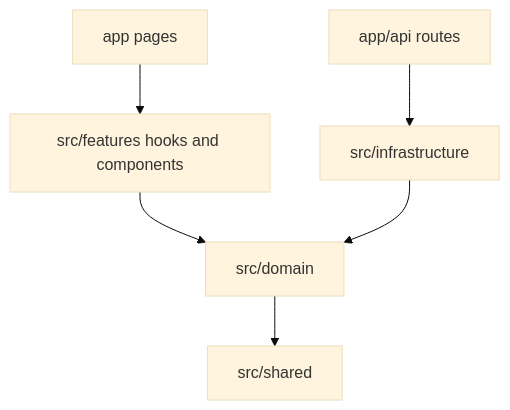
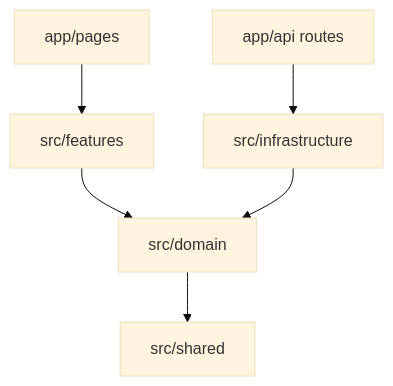
The diagram in README.md (Bonker009/openapi-studio), drawn with Mermaid (base theme) before and after one commit. The commit also changed other lines of this file, not shown here.

Commit message:
docs: rewrite README — add full feature overview, architecture, env vars, AI pipeline

````diff
--- a/README.md
+++ b/README.md
@@ -29,8 +47,8 @@
 ```mermaid
 flowchart TD
-  pages[app pages] --> features[src/features hooks and components]
+  pages[app/pages] --> features[src/features]
   features --> domain[src/domain]
   apiRoutes[app/api routes] --> infrastructure[src/infrastructure]
   infrastructure --> domain
   domain --> shared[src/shared]
 ```
````
